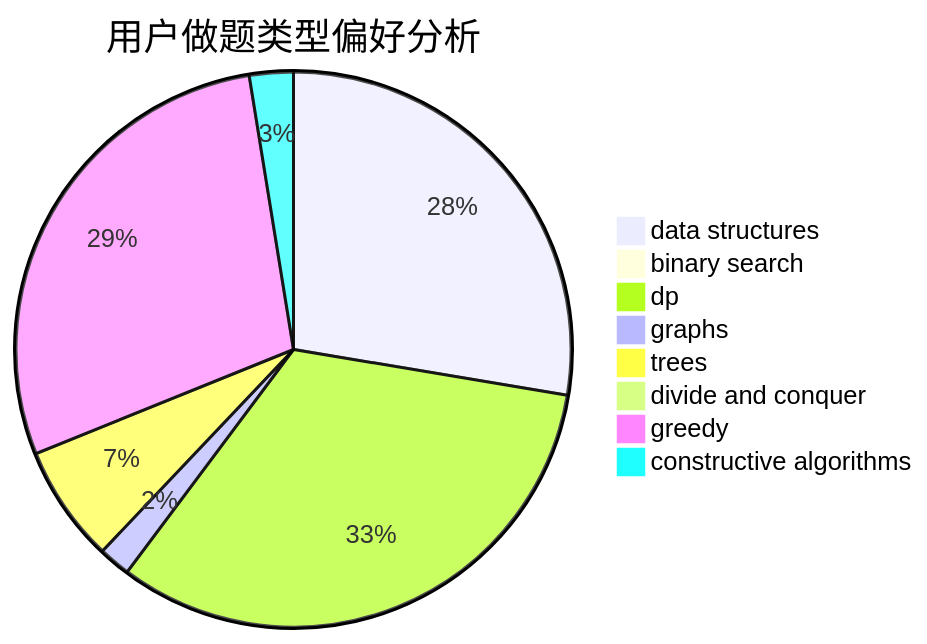
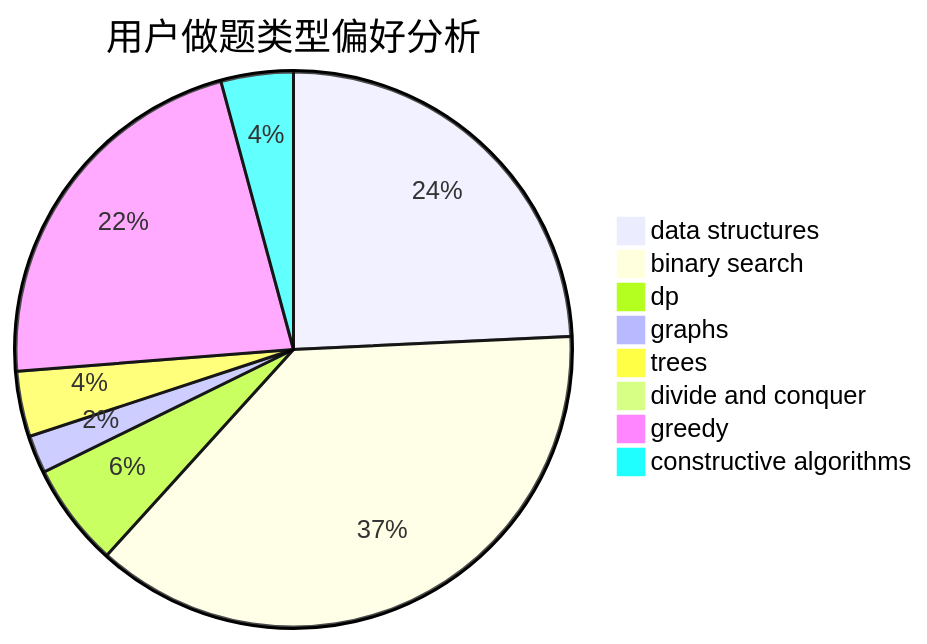
Before and after one commit to sherpahu/cfrs.github.io: the second of 3 diagrams in docs/user/u2706.md, drawn with Mermaid. The commit also changed other lines of this file and 2770 other files, not shown here.

````diff
--- a/docs/user/u2706.md
+++ b/docs/user/u2706.md
@@ -23,11 +23,11 @@
 ```mermaid
 pie title 用户做题类型偏好分析
-    "data structures" :  357
-    "binary search" :  1
-    "dp" :  421
-    "graphs" :  24
-    "trees" :  88
+    "data structures" :  121
+    "binary search" :  187
+    "dp" :  30
+    "graphs" :  11
+    "trees" :  19
     "divide and conquer" :  0
-    "greedy" :  369
-    "constructive algorithms" :  33
+    "greedy" :  110
+    "constructive algorithms" :  21
 ```
````
